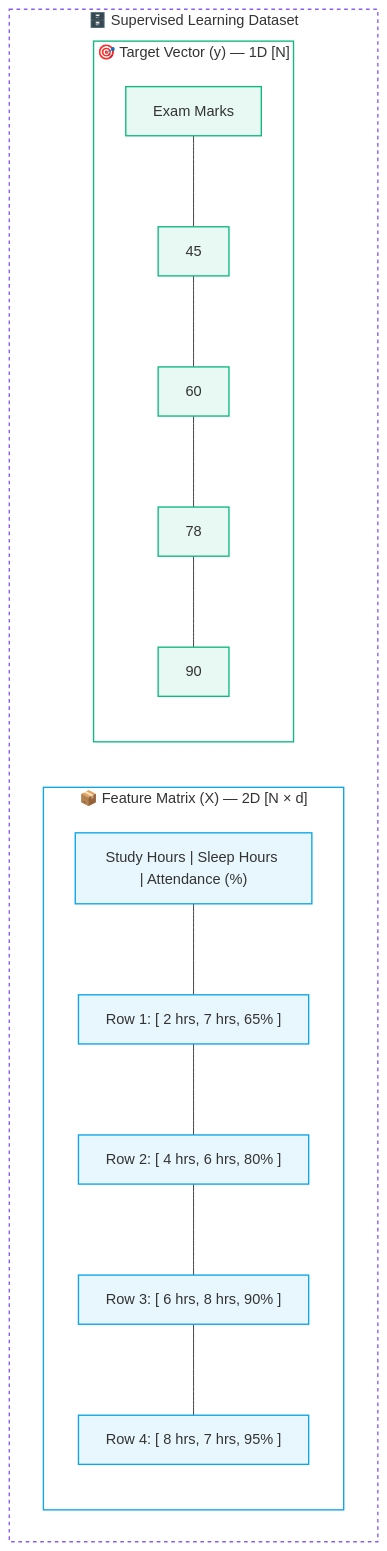
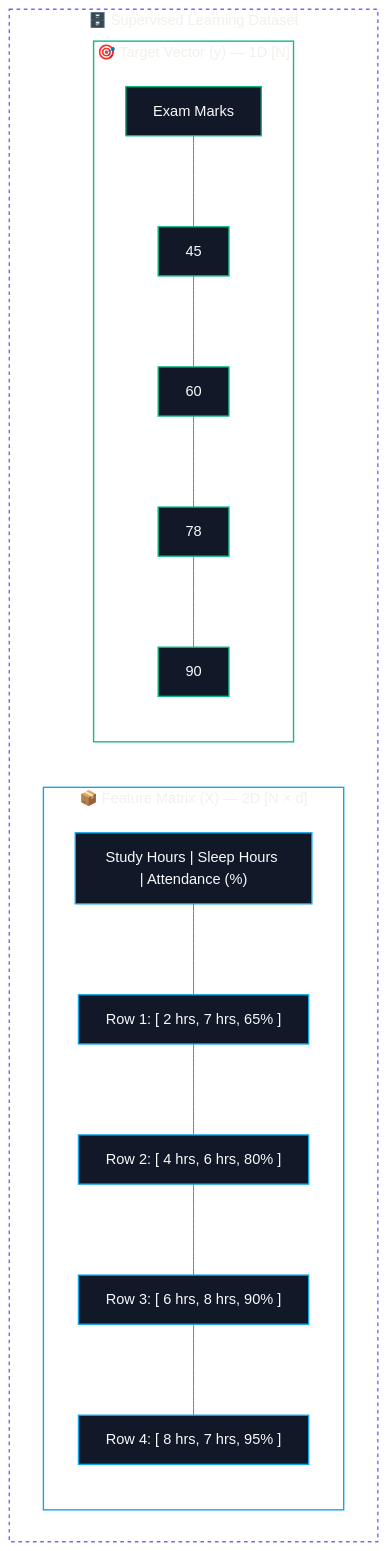
One commit to abhinavbharti2345/CS_Notes changed the first of 2 diagrams in CS/AI & ML/01. Classical ML/03. Features, Targets, and Datasets.md. Above: the diagram before and after it, drawn with Mermaid. The commit also changed other lines of this file and 195 other files, not shown here.

````diff
--- a/CS/AI & ML/01. Classical ML/03. Features, Targets, and Datasets.md
+++ b/CS/AI & ML/01. Classical ML/03. Features, Targets, and Datasets.md
@@ -35,35 +35,36 @@
 ```mermaid
+%%{init: {'theme': 'base', 'themeVariables': { 'darkMode': true, 'background': '#0B0F14', 'mainBkg': '#111827', 'primaryColor': '#111827', 'primaryTextColor': '#F8FAFC', 'primaryBorderColor': '#38BDF8', 'lineColor': '#64748B', 'secondaryColor': '#0B0F14', 'tertiaryColor': '#0B0F14', 'clusterBkg': '#0B0F14', 'clusterBorder': '#38BDF8' }}}%%
 flowchart TD
     subgraph FullData ["🗄️ Supervised Learning Dataset"]
         direction LR
         subgraph XMatrix ["📦 Feature Matrix (X) — 2D [N × d]"]
             direction TB
             H1["Study Hours | Sleep Hours | Attendance (%)"]
             R1["Row 1: [ 2 hrs, 7 hrs, 65% ]"]
             R2["Row 2: [ 4 hrs, 6 hrs, 80% ]"]
             R3["Row 3: [ 6 hrs, 8 hrs, 90% ]"]
             R4["Row 4: [ 8 hrs, 7 hrs, 95% ]"]
             H1 --- R1 --- R2 --- R3 --- R4
         end
         
         subgraph YVector ["🎯 Target Vector (y) — 1D [N]"]
             direction TB
             HY["Exam Marks"]
             Y1["45"]
             Y2["60"]
             Y3["78"]
             Y4["90"]
             HY --- Y1 --- Y2 --- Y3 --- Y4
         end
     end
 
     style FullData fill:none,stroke:#8b5cf6,stroke-width:1.5px,stroke-dasharray:4 4
     style XMatrix fill:none,stroke:#0ea5e9,stroke-width:1.5px
     style YVector fill:none,stroke:#10b981,stroke-width:1.5px
 
-    classDef xNode fill:#0ea5e918,stroke:#0ea5e9,stroke-width:1.5px;
-    classDef yNode fill:#10b98118,stroke:#10b981,stroke-width:1.5px;
+    classDef xNode fill:#111827,stroke:#0ea5e9,stroke-width:1.5px,color:#F8FAFC;
+    classDef yNode fill:#111827,stroke:#10b981,stroke-width:1.5px,color:#F8FAFC;
 
     class H1,R1,R2,R3,R4 xNode;
     class HY,Y1,Y2,Y3,Y4 yNode;
 ```
````
